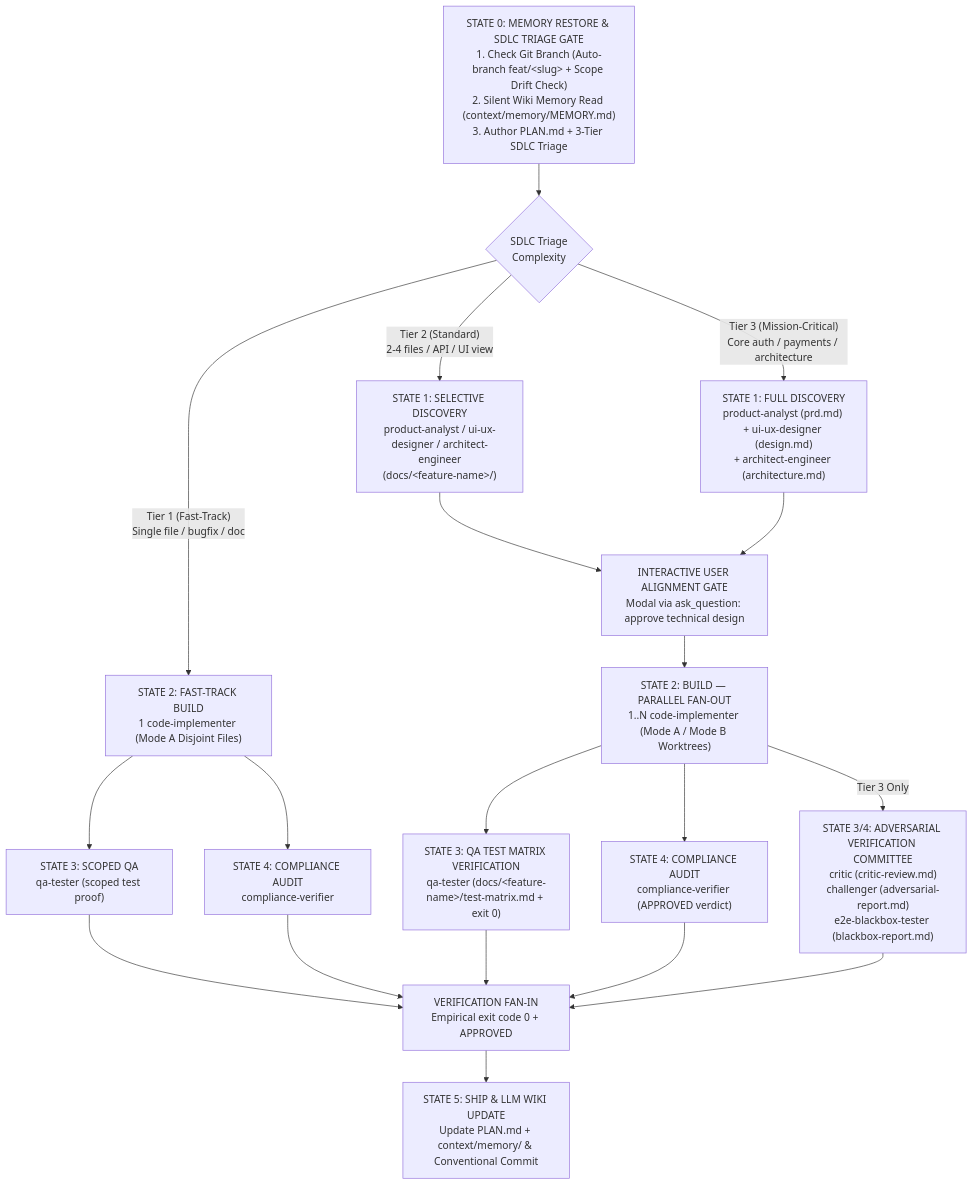
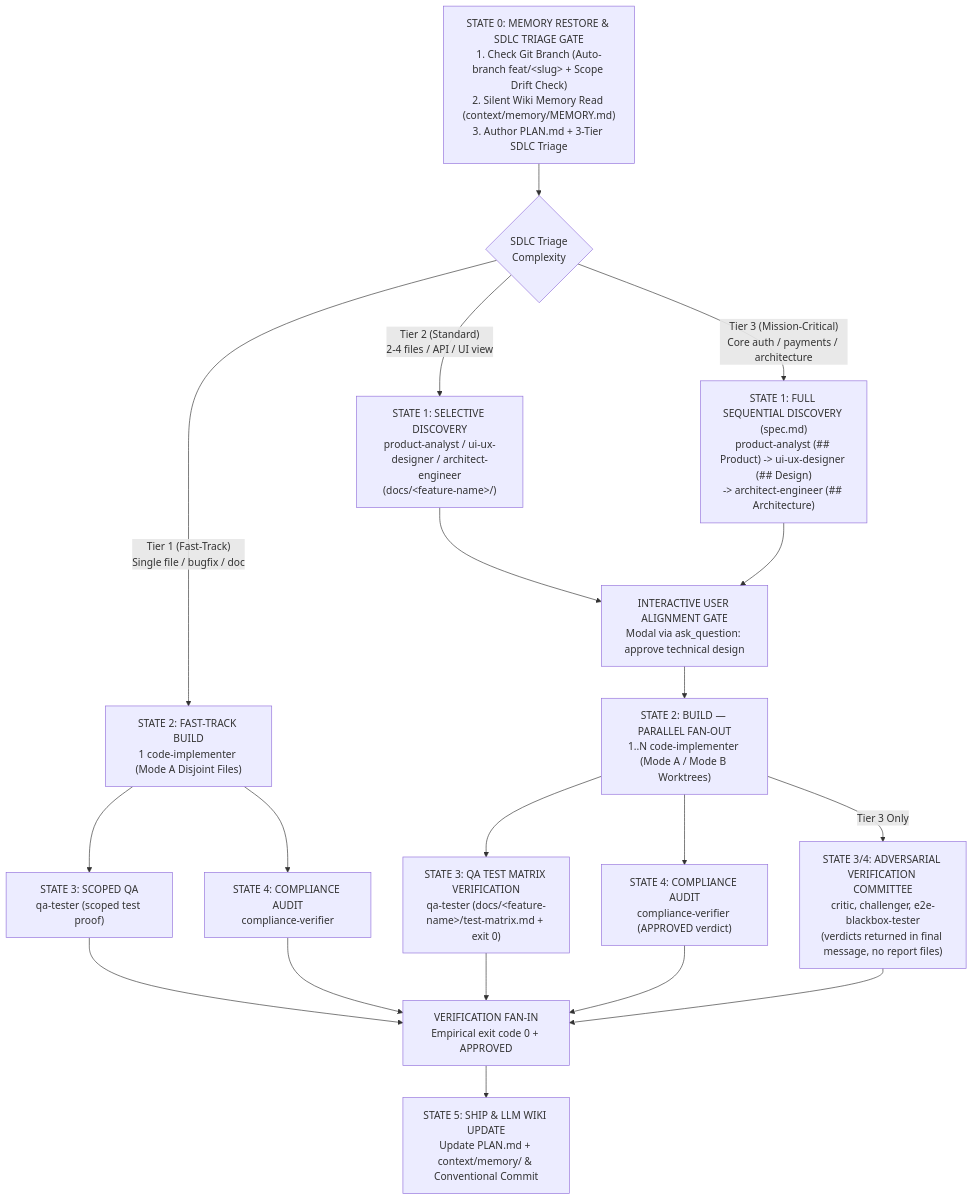
One commit to jggomez/expert-ai-developer-skills changed the diagram in README.md. Above: the diagram before and after it, drawn with Mermaid. The commit also changed other lines of this file and 259 other files, not shown here.

````diff
--- a/README.md
+++ b/README.md
@@ -32,27 +32,27 @@
 ```mermaid
 flowchart TD
     STATE0["STATE 0: MEMORY RESTORE & SDLC TRIAGE GATE<br/>1. Check Git Branch (Auto-branch feat/&lt;slug&gt; + Scope Drift Check)<br/>2. Silent Wiki Memory Read (context/memory/MEMORY.md)<br/>3. Author PLAN.md + 3-Tier SDLC Triage"] --> ROUTE{"SDLC Triage<br/>Complexity"}
 
     ROUTE -->|"Tier 1 (Fast-Track)<br/>Single file / bugfix / doc"| STATE2_T1["STATE 2: FAST-TRACK BUILD<br/>1 code-implementer (Mode A Disjoint Files)"]
     ROUTE -->|"Tier 2 (Standard)<br/>2-4 files / API / UI view"| STATE1_T2["STATE 1: SELECTIVE DISCOVERY<br/>product-analyst / ui-ux-designer / architect-engineer<br/>(docs/&lt;feature-name&gt;/)"]
-    ROUTE -->|"Tier 3 (Mission-Critical)<br/>Core auth / payments / architecture"| STATE1_T3["STATE 1: FULL DISCOVERY<br/>product-analyst (prd.md) + ui-ux-designer (design.md)<br/>+ architect-engineer (architecture.md)"]
+    ROUTE -->|"Tier 3 (Mission-Critical)<br/>Core auth / payments / architecture"| STATE1_T3["STATE 1: FULL SEQUENTIAL DISCOVERY (spec.md)<br/>product-analyst (## Product) -> ui-ux-designer (## Design)<br/>-> architect-engineer (## Architecture)"]
 
     STATE1_T2 --> GATE["INTERACTIVE USER ALIGNMENT GATE<br/>Modal via ask_question: approve technical design"]
     STATE1_T3 --> GATE
     GATE --> STATE2["STATE 2: BUILD — PARALLEL FAN-OUT<br/>1..N code-implementer (Mode A / Mode B Worktrees)"]
 
     STATE2_T1 --> STATE3_QA_T1["STATE 3: SCOPED QA<br/>qa-tester (scoped test proof)"]
     STATE2_T1 --> STATE4_AUDIT_T1["STATE 4: COMPLIANCE AUDIT<br/>compliance-verifier"]
 
     STATE2 --> STATE3_QA["STATE 3: QA TEST MATRIX VERIFICATION<br/>qa-tester (docs/&lt;feature-name&gt;/test-matrix.md + exit 0)"]
     STATE2 --> STATE4_AUDIT["STATE 4: COMPLIANCE AUDIT<br/>compliance-verifier (APPROVED verdict)"]
-    STATE2 -->|"Tier 3 Only"| STATE3_ADV["STATE 3/4: ADVERSARIAL VERIFICATION COMMITTEE<br/>critic (critic-review.md)<br/>challenger (adversarial-report.md)<br/>e2e-blackbox-tester (blackbox-report.md)"]
+    STATE2 -->|"Tier 3 Only"| STATE3_ADV["STATE 3/4: ADVERSARIAL VERIFICATION COMMITTEE<br/>critic, challenger, e2e-blackbox-tester<br/>(verdicts returned in final message, no report files)"]
 
     STATE3_QA_T1 --> FAN_IN["VERIFICATION FAN-IN<br/>Empirical exit code 0 + APPROVED"]
     STATE4_AUDIT_T1 --> FAN_IN
     STATE3_QA --> FAN_IN
     STATE4_AUDIT --> FAN_IN
     STATE3_ADV --> FAN_IN
 
     FAN_IN --> STATE5["STATE 5: SHIP & LLM WIKI UPDATE<br/>Update PLAN.md + context/memory/ & Conventional Commit"]
 ```
````
